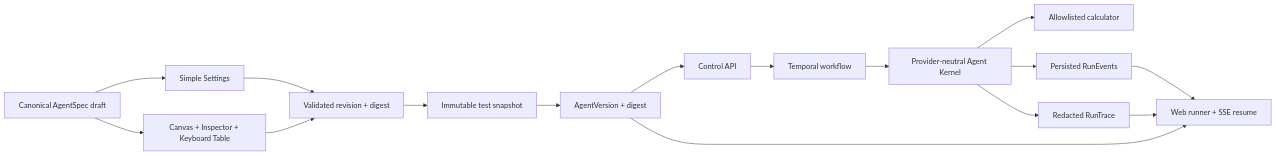
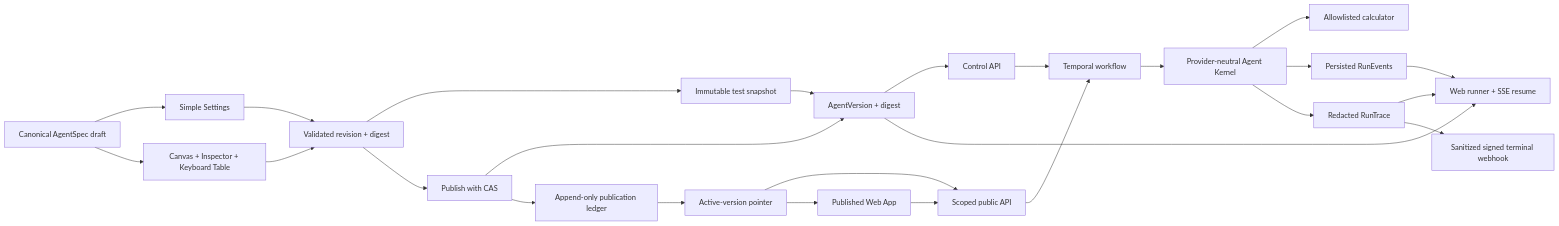
The diagram in README.md (Strongf-bob/universal-agent-studio), drawn with Mermaid before and after one commit. The commit also changed other lines of this file and 9 other files, not shown here.

````diff
--- a/README.md
+++ b/README.md
@@ -87,18 +106,27 @@
 ```mermaid
 flowchart LR
     Spec["Canonical AgentSpec draft"] --> Simple["Simple Settings"]
     Spec --> Graph["Canvas + Inspector + Keyboard Table"]
     Simple --> Save["Validated revision + digest"]
     Graph --> Save
     Save --> Snapshot["Immutable test snapshot"]
     Snapshot --> Version["AgentVersion + digest"]
+    Save --> Publish["Publish with CAS"]
+    Publish --> Version
+    Publish --> Ledger["Append-only publication ledger"]
+    Ledger --> Pointer["Active-version pointer"]
     Version --> API["Control API"]
     API --> Temporal["Temporal workflow"]
     Temporal --> Kernel["Provider-neutral Agent Kernel"]
     Kernel --> Tool["Allowlisted calculator"]
     Kernel --> Events["Persisted RunEvents"]
     Kernel --> Trace["Redacted RunTrace"]
     Events --> Web["Web runner + SSE resume"]
     Trace --> Web
     Version --> Web
+    Pointer --> PublicAPI["Scoped public API"]
+    Pointer --> PublicWeb["Published Web App"]
+    PublicAPI --> Temporal
+    PublicWeb --> PublicAPI
+    Trace --> Webhook["Sanitized signed terminal webhook"]
 ```
````
